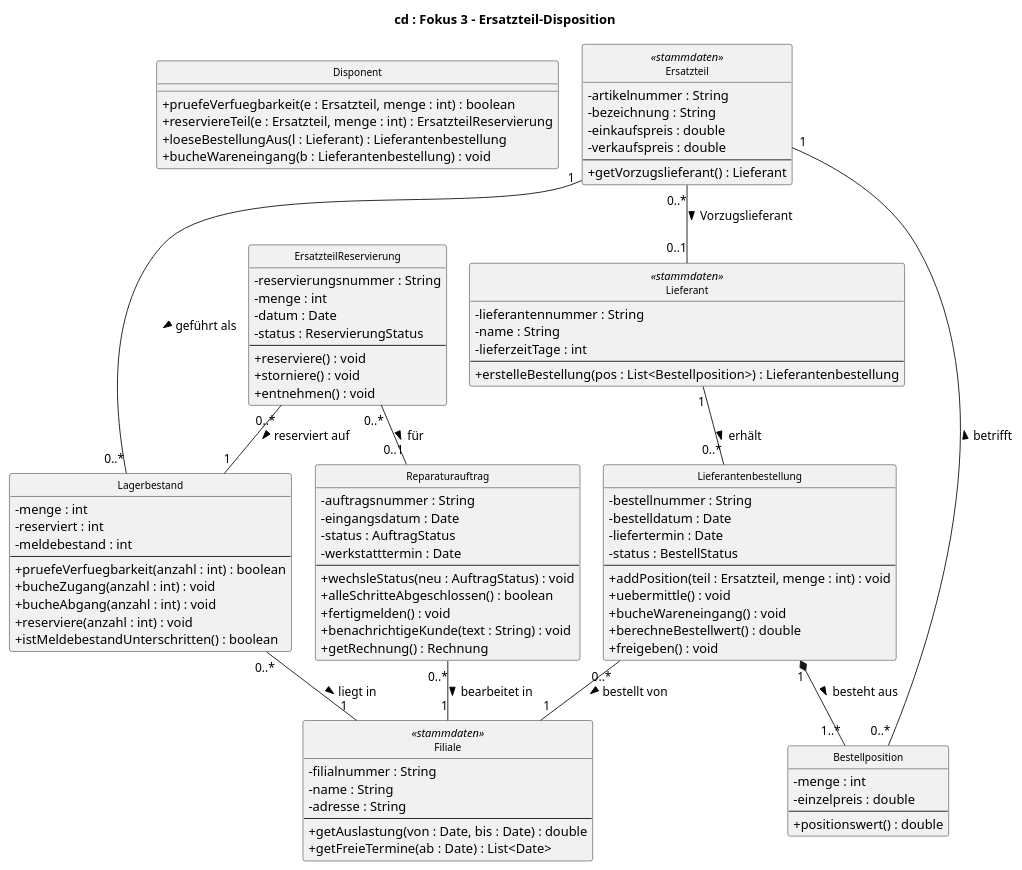
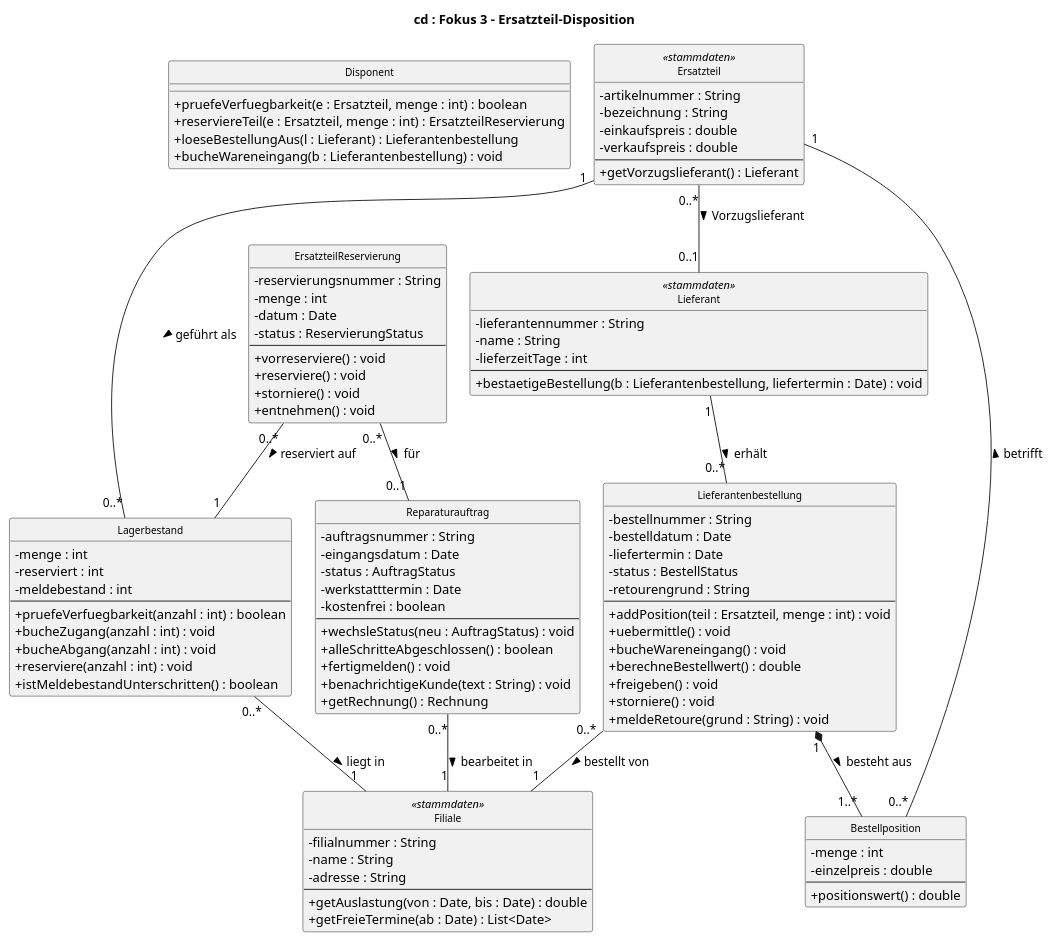
One commit to jakobschwan123-cmd/casestudy-semester-3 changed the diagram in uml/klassen-fokus-3-disposition.puml. Above: the diagram before and after it, drawn with PlantUML. The commit also changed 75 other files, not shown here.

```diff
--- a/uml/klassen-fokus-3-disposition.puml
+++ b/uml/klassen-fokus-3-disposition.puml
@@ -1,100 +1,105 @@
 @startuml
 skinparam classAttributeIconSize 0
 skinparam defaultFontName Arial
 skinparam classFontSize 11
 skinparam nodesep 25
 skinparam ranksep 45
 hide circle
 title cd : Fokus 3 – Ersatzteil-Disposition
 
 class Disponent {
   + pruefeVerfuegbarkeit(e : Ersatzteil, menge : int) : boolean
   + reserviereTeil(e : Ersatzteil, menge : int) : ErsatzteilReservierung
   + loeseBestellungAus(l : Lieferant) : Lieferantenbestellung
   + bucheWareneingang(b : Lieferantenbestellung) : void
 }
 class Ersatzteil <<stammdaten>> {
   - artikelnummer : String
   - bezeichnung : String
   - einkaufspreis : double
   - verkaufspreis : double
   --
   + getVorzugslieferant() : Lieferant
 }
 class Lagerbestand {
   - menge : int
   - reserviert : int
   - meldebestand : int
   --
   + pruefeVerfuegbarkeit(anzahl : int) : boolean
   + bucheZugang(anzahl : int) : void
   + bucheAbgang(anzahl : int) : void
   + reserviere(anzahl : int) : void
   + istMeldebestandUnterschritten() : boolean
 }
 class ErsatzteilReservierung {
   - reservierungsnummer : String
   - menge : int
   - datum : Date
   - status : ReservierungStatus
   --
+  + vorreserviere() : void
   + reserviere() : void
   + storniere() : void
   + entnehmen() : void
 }
 class Lieferantenbestellung {
   - bestellnummer : String
   - bestelldatum : Date
   - liefertermin : Date
   - status : BestellStatus
+  - retourengrund : String
   --
   + addPosition(teil : Ersatzteil, menge : int) : void
   + uebermittle() : void
   + bucheWareneingang() : void
   + berechneBestellwert() : double
   + freigeben() : void
+  + storniere() : void
+  + meldeRetoure(grund : String) : void
 }
 class Bestellposition {
   - menge : int
   - einzelpreis : double
   --
   + positionswert() : double
 }
 class Lieferant <<stammdaten>> {
   - lieferantennummer : String
   - name : String
   - lieferzeitTage : int
   --
-  + erstelleBestellung(pos : List<Bestellposition>) : Lieferantenbestellung
+  + bestaetigeBestellung(b : Lieferantenbestellung, liefertermin : Date) : void
 }
 class Reparaturauftrag {
   - auftragsnummer : String
   - eingangsdatum : Date
   - status : AuftragStatus
   - werkstatttermin : Date
+  - kostenfrei : boolean
   --
   + wechsleStatus(neu : AuftragStatus) : void
   + alleSchritteAbgeschlossen() : boolean
   + fertigmelden() : void
   + benachrichtigeKunde(text : String) : void
   + getRechnung() : Rechnung
 }
 class Filiale <<stammdaten>> {
   - filialnummer : String
   - name : String
   - adresse : String
   --
   + getAuslastung(von : Date, bis : Date) : double
   + getFreieTermine(ab : Date) : List<Date>
 }
 Reparaturauftrag "0..*" -- "1" Filiale : bearbeitet in >
 Ersatzteil "1" -down- "0..*" Lagerbestand : geführt als >
 Ersatzteil "0..*" -- "0..1" Lieferant : Vorzugslieferant >
 Lagerbestand "0..*" -- "1" Filiale : liegt in >
 ErsatzteilReservierung "0..*" -- "1" Lagerbestand : reserviert auf >
 ErsatzteilReservierung "0..*" -- "0..1" Reparaturauftrag : für >
 Lieferant "1" -down- "0..*" Lieferantenbestellung : erhält >
 Lieferantenbestellung "1" *-down- "1..*" Bestellposition : besteht aus >
 Bestellposition "0..*" -- "1" Ersatzteil : betrifft >
 Lieferantenbestellung "0..*" -- "1" Filiale : bestellt von >
 @enduml
```
